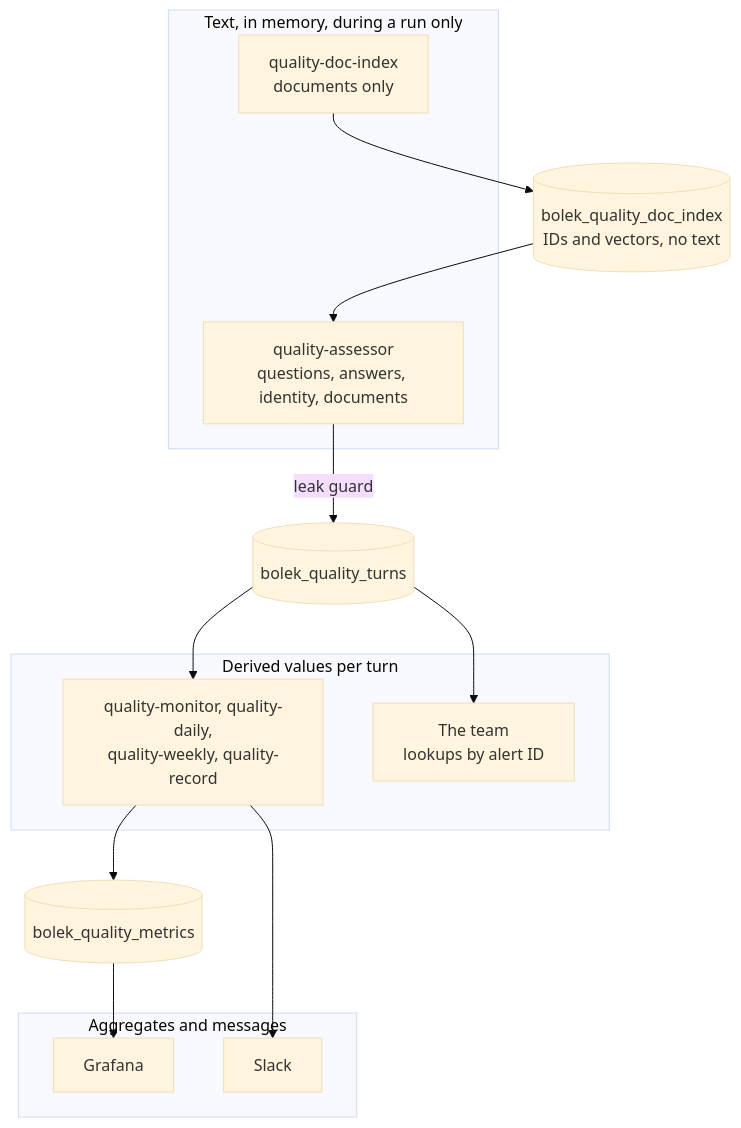
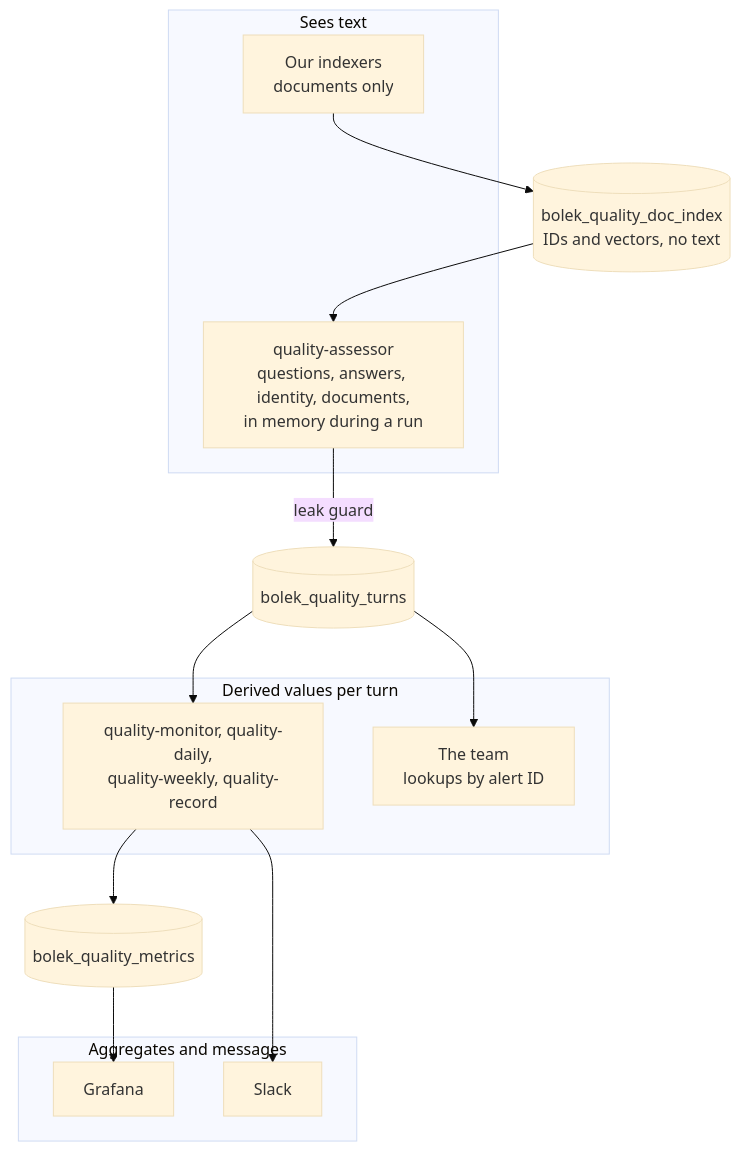
Before and after one commit to pborkowski-rtbh/conversation-analyzer: diagram 14 of 21 in design-doc.md, drawn with Mermaid (base theme). The commit also changed other lines of this file, not shown here.

````diff
--- a/design-doc.md
+++ b/design-doc.md
@@ -1237,23 +1259,23 @@
 ```mermaid
 flowchart TB
-    subgraph Z1["Text, in memory, during a run only"]
-        A["quality-assessor<br/>questions, answers, identity, documents"]
-        I["quality-doc-index<br/>documents only"]
+    subgraph Z1["Sees text"]
+        A["quality-assessor<br/>questions, answers, identity, documents,<br/>in memory during a run"]
+        I["Our indexers<br/>documents only"]
     end
     subgraph Z2["Derived values per turn"]
         R["quality-monitor, quality-daily,<br/>quality-weekly, quality-record"]
         TEAM["The team<br/>lookups by alert ID"]
     end
     subgraph Z3["Aggregates and messages"]
         G["Grafana"]
         S["Slack"]
     end
     A -->|"leak guard"| T[("bolek_quality_turns")]
     I --> X[("bolek_quality_doc_index<br/>IDs and vectors, no text")]
     X --> A
     T --> R
     T --> TEAM
     R --> M[("bolek_quality_metrics")]
     M --> G
     R --> S
 ```
````
